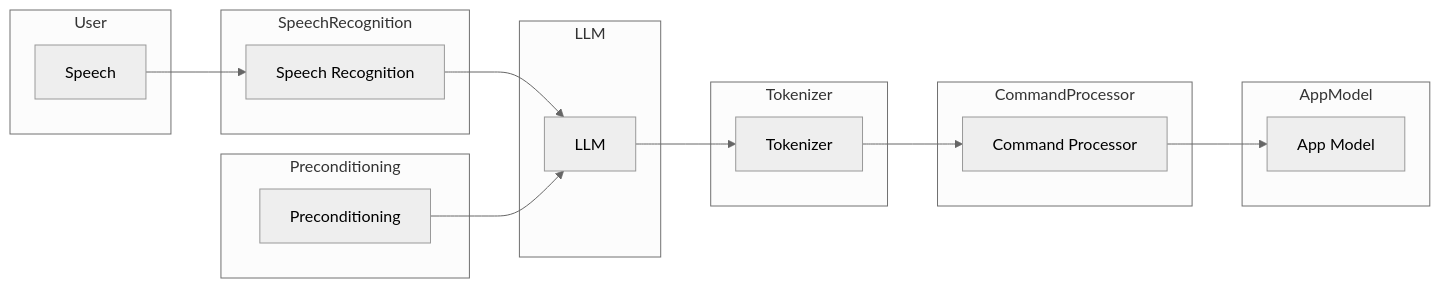
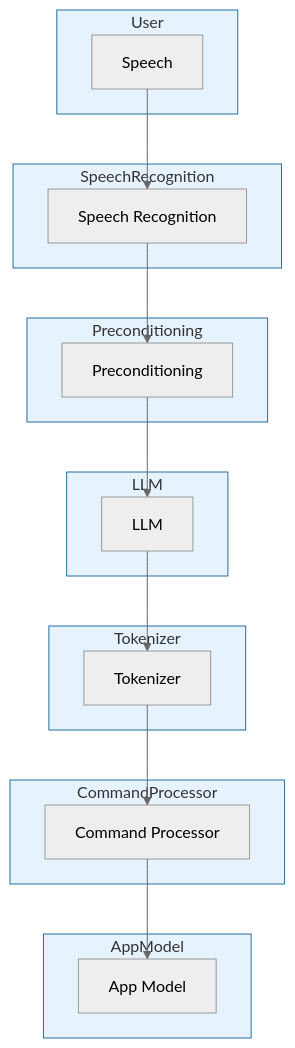
One commit to AdinAck/AccessAbility changed the diagram in README.md. Above: the diagram before and after it, drawn with Mermaid (neutral theme).

````diff
--- a/README.md
+++ b/README.md
@@ -14,38 +14,46 @@
 ```mermaid
-graph LR
+graph TD
 
 subgraph User
   A[Speech]
 end
 
 subgraph SpeechRecognition
   B[Speech Recognition]
 end
 
 subgraph Preconditioning
   C[Preconditioning]
 end
 
 subgraph LLM
   D[LLM]
 end
 
 subgraph Tokenizer
   E[Tokenizer]
 end
 
 subgraph CommandProcessor
   F[Command Processor]
 end
 
 subgraph AppModel
   G[App Model]
 end
 
 A --> B
-B --> D
+B --> C
 C --> D
 D --> E
 E --> F
 F --> G
+
+style User fill:#E6F3FF, stroke:#2470A0
+style SpeechRecognition fill:#E6F3FF, stroke:#2470A0
+style Preconditioning fill:#E6F3FF, stroke:#2470A0
+style LLM fill:#E6F3FF, stroke:#2470A0
+style Tokenizer fill:#E6F3FF, stroke:#2470A0
+style CommandProcessor fill:#E6F3FF, stroke:#2470A0
+style AppModel fill:#E6F3FF, stroke:#2470A0
 ```
````
